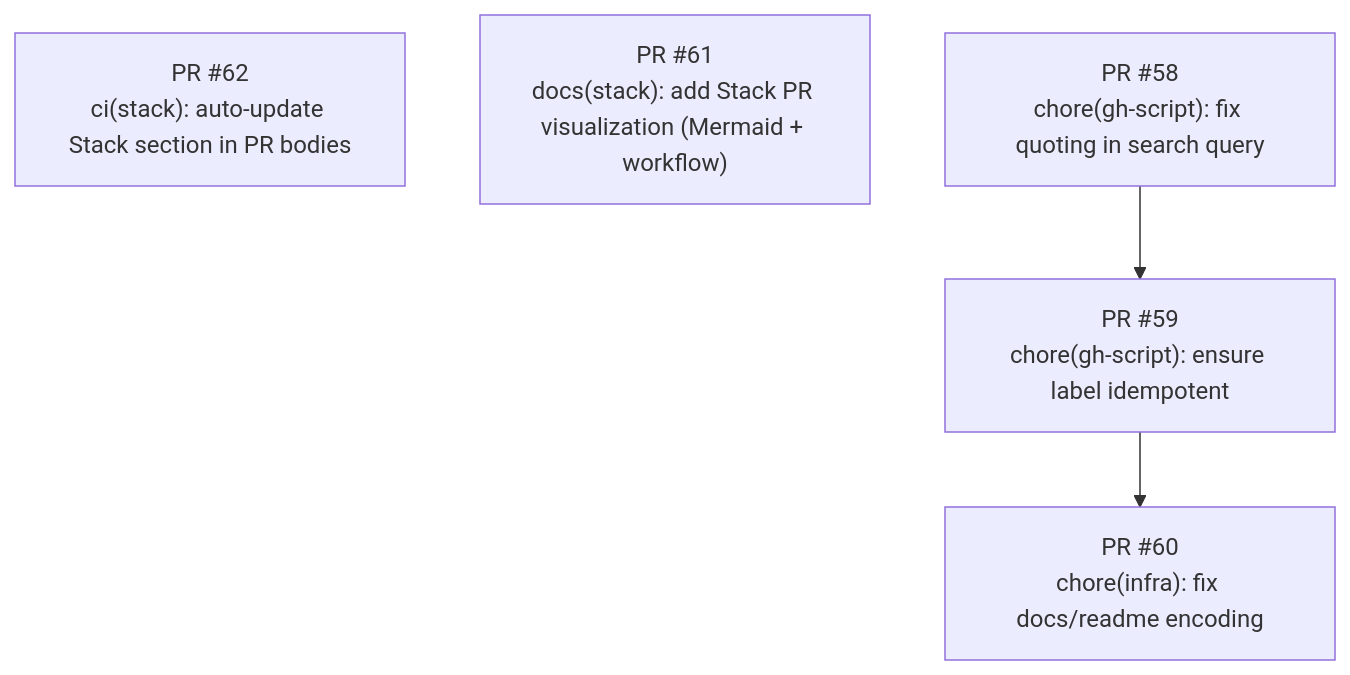
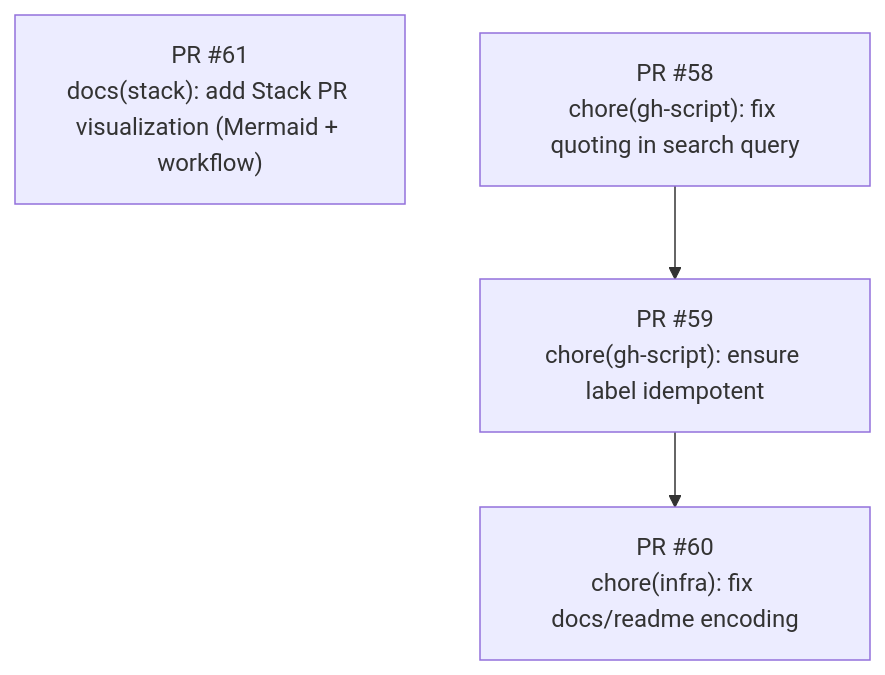
One commit to revton/car-fuel changed the diagram in docs/stack-plan/STACK-PR-PLAN.md. Above: the diagram before and after it, drawn with Mermaid.

Commit message:
docs(stack): update Mermaid stack graph

````diff
--- a/docs/stack-plan/STACK-PR-PLAN.md
+++ b/docs/stack-plan/STACK-PR-PLAN.md
@@ -6,15 +6,13 @@
 ```mermaid
 flowchart TD
-  pr62["PR #62
-ci(stack): auto-update Stack section in PR bodies"]
   pr61["PR #61
 docs(stack): add Stack PR visualization (Mermaid + workflow)"]
   pr60["PR #60
 chore(infra): fix docs/readme encoding"]
   pr59["PR #59
 chore(gh-script): ensure label idempotent"]
   pr58["PR #58
 chore(gh-script): fix quoting in search query"]
   pr59 --> pr60
   pr58 --> pr59
 ```
````
